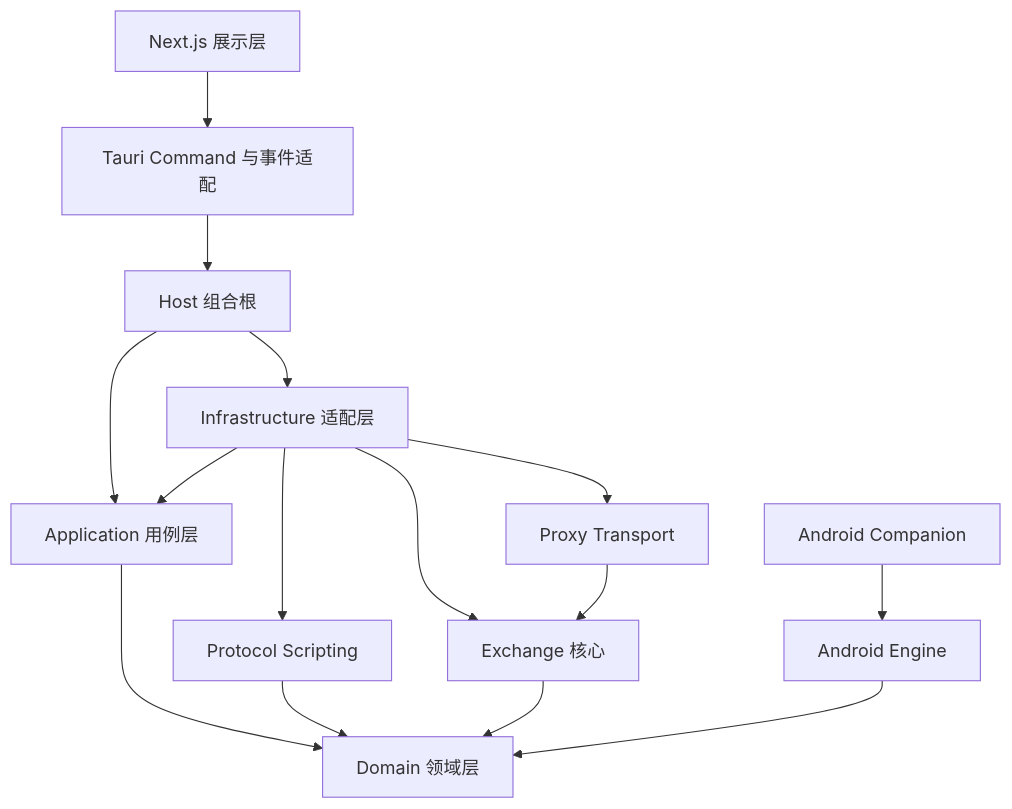
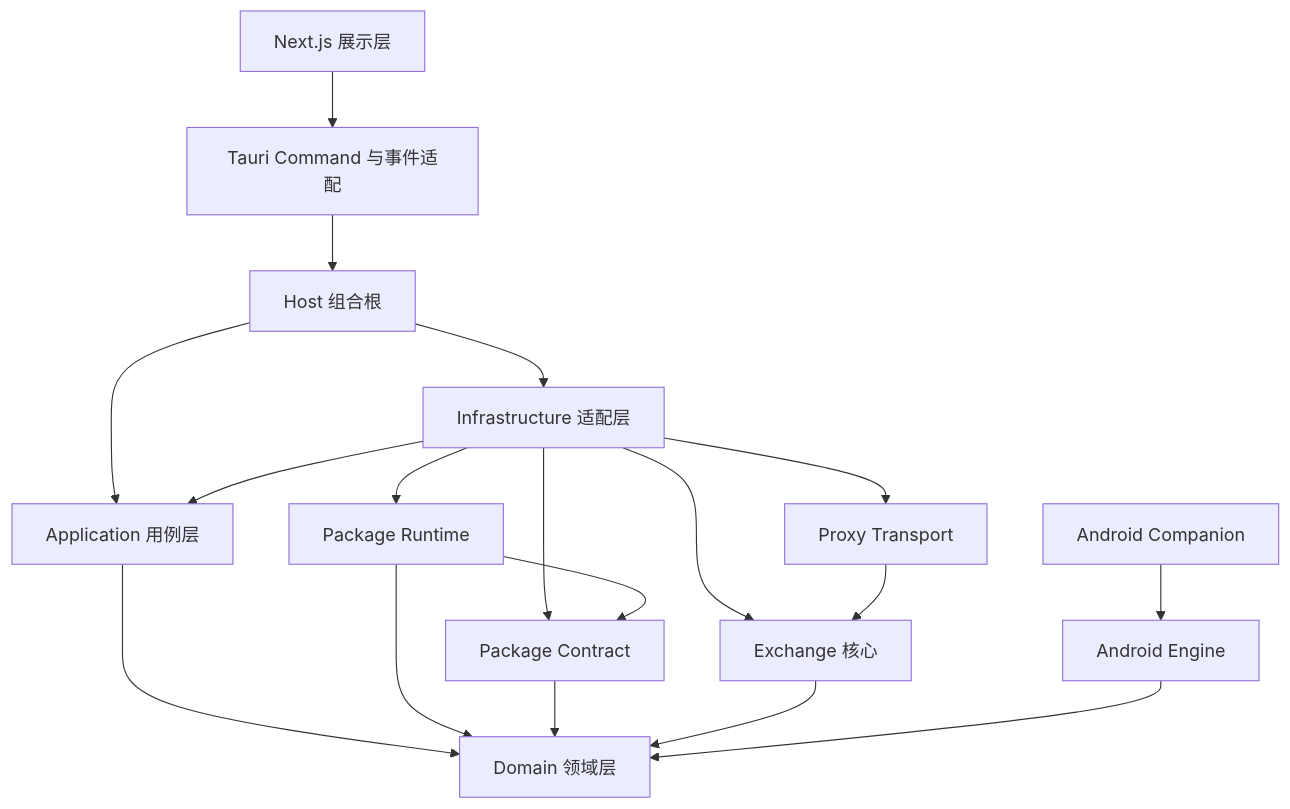
Before and after one commit to kouxko/gmofg-payment-proxy: the first of 3 diagrams in docs/architecture/modules.md, drawn with Mermaid. The commit also changed other lines of this file and 94 other files, not shown here.

````diff
--- a/docs/architecture/modules.md
+++ b/docs/architecture/modules.md
@@ -7,17 +7,20 @@
 ```mermaid
 flowchart TB
     UI[Next.js 展示层] --> TAURI[Tauri Command 与事件适配]
     TAURI --> HOST[Host 组合根]
     HOST --> APP[Application 用例层]
     HOST --> INFRA[Infrastructure 适配层]
     APP --> DOMAIN[Domain 领域层]
     INFRA --> APP
     INFRA --> EXCHANGE[Exchange 核心]
     INFRA --> PROXY[Proxy Transport]
-    INFRA --> SCRIPT[Protocol Scripting]
+    INFRA --> PACKAGE[Package Runtime]
+    INFRA --> CONTRACT[Package Contract]
     PROXY --> EXCHANGE
-    SCRIPT --> DOMAIN
+    PACKAGE --> CONTRACT
+    PACKAGE --> DOMAIN
+    CONTRACT --> DOMAIN
     EXCHANGE --> DOMAIN
     ANDROID[Android Companion] --> ENGINE[Android Engine]
     ENGINE --> DOMAIN
 ```
````
